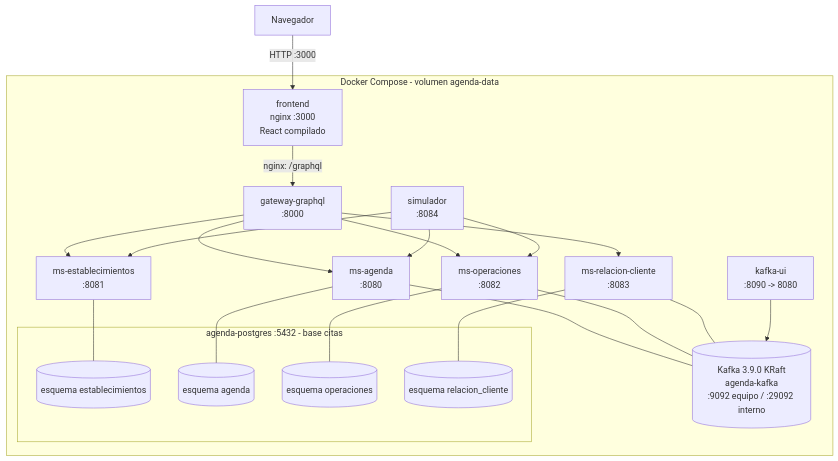
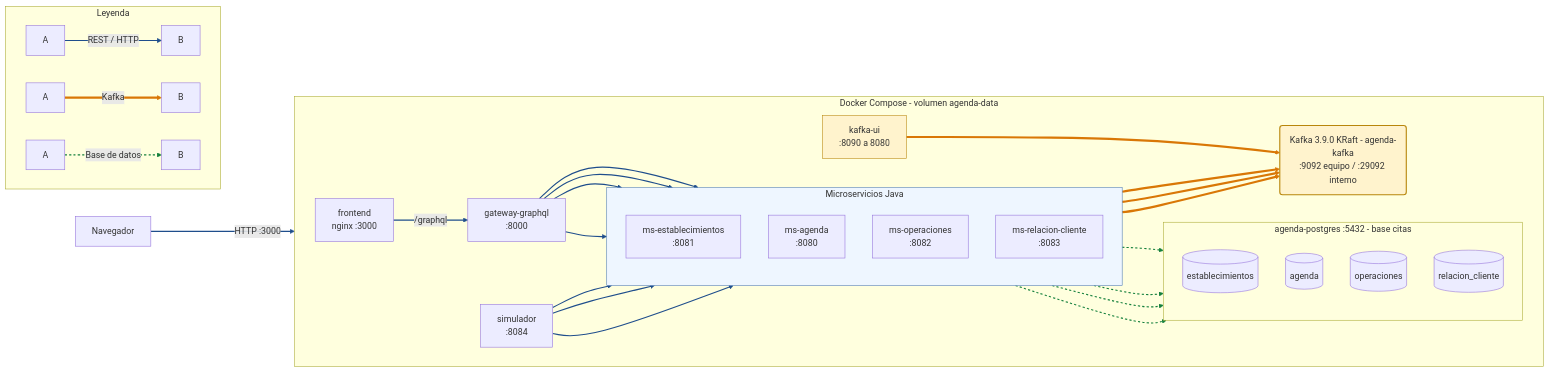
One commit to SANTZ66/AGENDAPP changed the diagram in docs/diagramas/fuente/01-arquitectura.mmd. Above: the diagram before and after it, drawn with Mermaid. The commit also changed 5 other files, not shown here.

Commit message:
Mejora visual de los diagramas de arquitectura y de llamadas REST

```diff
--- a/docs/diagramas/fuente/01-arquitectura.mmd
+++ b/docs/diagramas/fuente/01-arquitectura.mmd
@@ -1,36 +1,56 @@
-flowchart TB
+flowchart LR
   nav["Navegador"]
   subgraph dc["Docker Compose - volumen agenda-data"]
-    fe["frontend<br/>nginx :3000<br/>React compilado"]
+    direction LR
+    fe["frontend<br/>nginx :3000"]
     gw["gateway-graphql<br/>:8000"]
-    est["ms-establecimientos<br/>:8081"]
-    ag["ms-agenda<br/>:8080"]
-    op["ms-operaciones<br/>:8082"]
-    rc["ms-relacion-cliente<br/>:8083"]
     sim["simulador<br/>:8084"]
-    kafka[("Kafka 3.9.0 KRaft<br/>agenda-kafka<br/>:9092 equipo / :29092 interno")]
-    kui["kafka-ui<br/>:8090 -> 8080"]
+    subgraph java["Microservicios Java"]
+      direction TB
+      est["ms-establecimientos<br/>:8081"]
+      ag["ms-agenda<br/>:8080"]
+      op["ms-operaciones<br/>:8082"]
+      rc["ms-relacion-cliente<br/>:8083"]
+    end
+    kafka("Kafka 3.9.0 KRaft - agenda-kafka<br/>:9092 equipo / :29092 interno")
+    kui["kafka-ui<br/>:8090 a 8080"]
     subgraph pg["agenda-postgres :5432 - base citas"]
-      s1[("esquema establecimientos")]
-      s2[("esquema agenda")]
-      s3[("esquema operaciones")]
-      s4[("esquema relacion_cliente")]
+      direction TB
+      s1[("establecimientos")]
+      s2[("agenda")]
+      s3[("operaciones")]
+      s4[("relacion_cliente")]
     end
   end
   nav -->|"HTTP :3000"| fe
-  fe -->|"nginx: /graphql"| gw
+  fe -->|"/graphql"| gw
   gw --> est
   gw --> ag
   gw --> op
   gw --> rc
-  est --- s1
-  ag --- s2
-  op --- s3
-  rc --- s4
-  ag --- kafka
-  op --- kafka
-  rc --- kafka
-  kui --> kafka
   sim --> est
   sim --> ag
   sim --> op
+  ag ==> kafka
+  op ==> kafka
+  rc ==> kafka
+  kui ==> kafka
+  est -.-> s1
+  ag -.-> s2
+  op -.-> s3
+  rc -.-> s4
+  subgraph leyenda["Leyenda"]
+    direction LR
+    l1["A"] -->|"REST / HTTP"| l2["B"]
+    l3["A"] ==>|"Kafka"| l4["B"]
+    l5["A"] -.->|"Base de datos"| l6["B"]
+  end
+  style kafka fill:#fff3cd,stroke:#b8860b,stroke-width:2px
+  style kui fill:#fff3cd,stroke:#b8860b
+  style java fill:#eef6ff,stroke:#4a78b5
+  linkStyle 0,1,2,3,4,5,6,7,8 stroke:#1f4e8c,stroke-width:2px
+  linkStyle 9,10,11,12 stroke:#d97706,stroke-width:4px
+  linkStyle 13,14,15,16 stroke:#15803d,stroke-width:2px,stroke-dasharray:4 4
+  linkStyle 17 stroke:#1f4e8c,stroke-width:2px
+  linkStyle 18 stroke:#d97706,stroke-width:4px
+  linkStyle 19 stroke:#15803d,stroke-width:2px,stroke-dasharray:4 4
```
